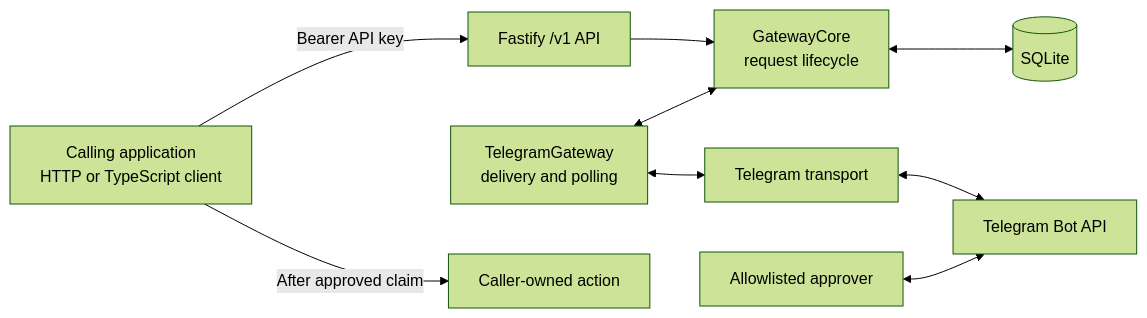
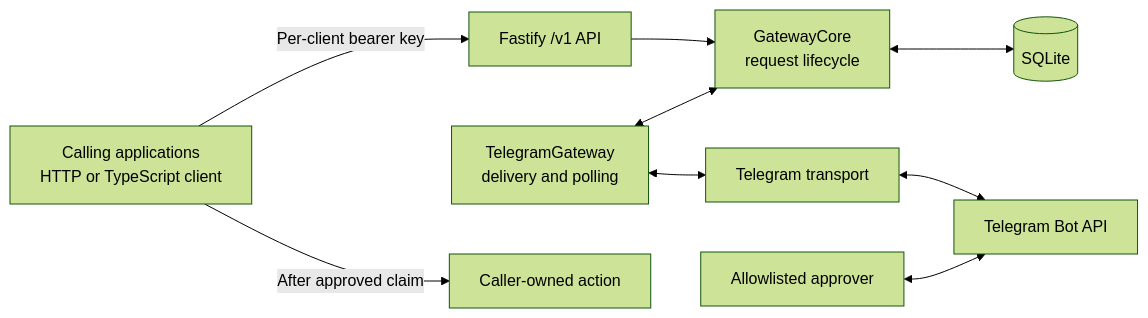
The diagram in docs/ARCHITECTURE.md (ahmetomerv/JaGate), drawn with Mermaid (forest theme) before and after one commit. The commit also changed other lines of this file and 17 other files, not shown here.

Commit message:
feat: refactor HTTP server to support multiple client keys and improve authorization

````diff
--- a/docs/ARCHITECTURE.md
+++ b/docs/ARCHITECTURE.md
@@ -5,11 +5,11 @@
 ```mermaid
 flowchart LR
-    Caller[Calling application<br/>HTTP or TypeScript client] -->|Bearer API key| API[Fastify /v1 API]
+    Caller[Calling applications<br/>HTTP or TypeScript client] -->|Per-client bearer key| API[Fastify /v1 API]
     API --> Core[GatewayCore<br/>request lifecycle]
     Core <--> DB[(SQLite)]
     Worker[TelegramGateway<br/>delivery and polling] <--> Core
     Worker <--> Transport[Telegram transport]
     Transport <--> Telegram[Telegram Bot API]
     Approver[Allowlisted approver] <--> Telegram
     Caller -->|After approved claim| Action[Caller-owned action]
 ```
````
